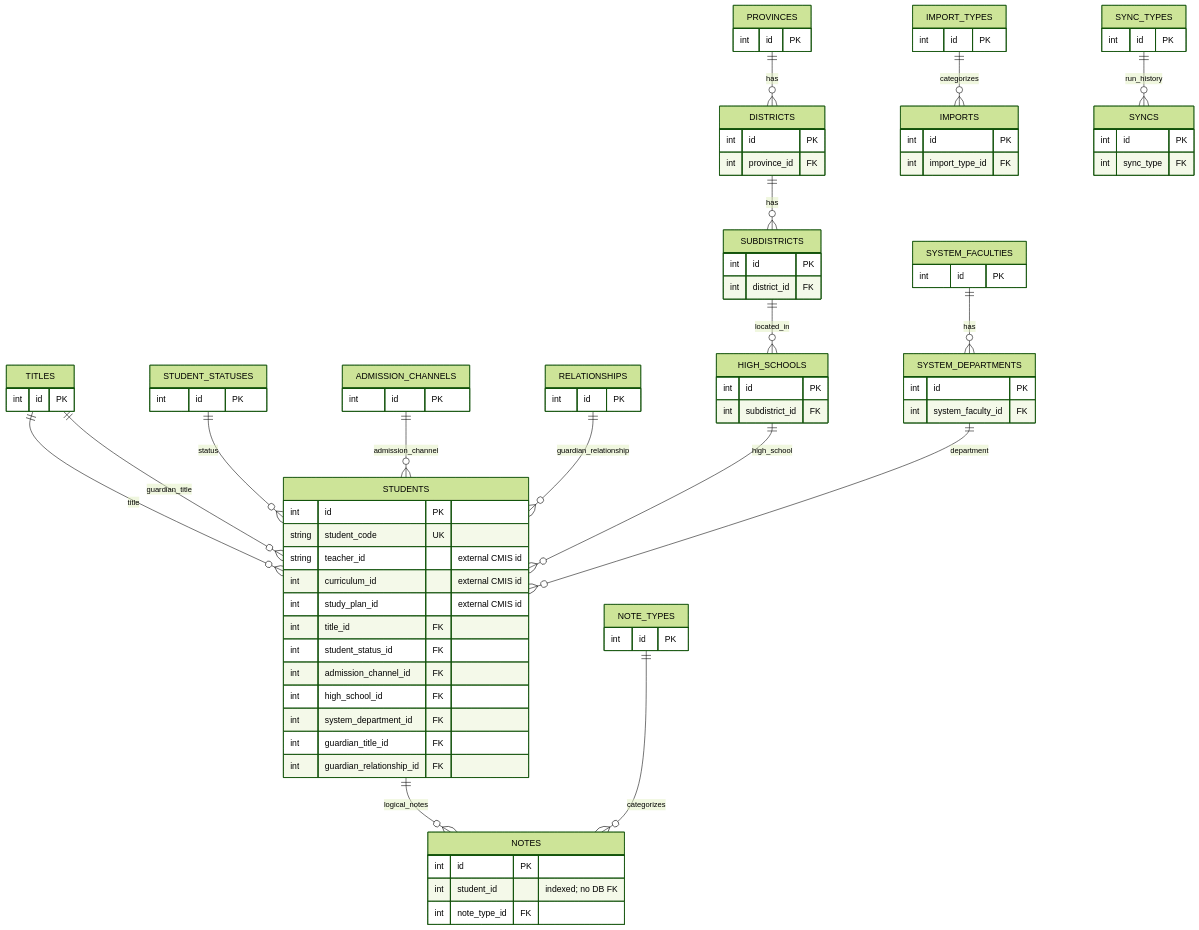
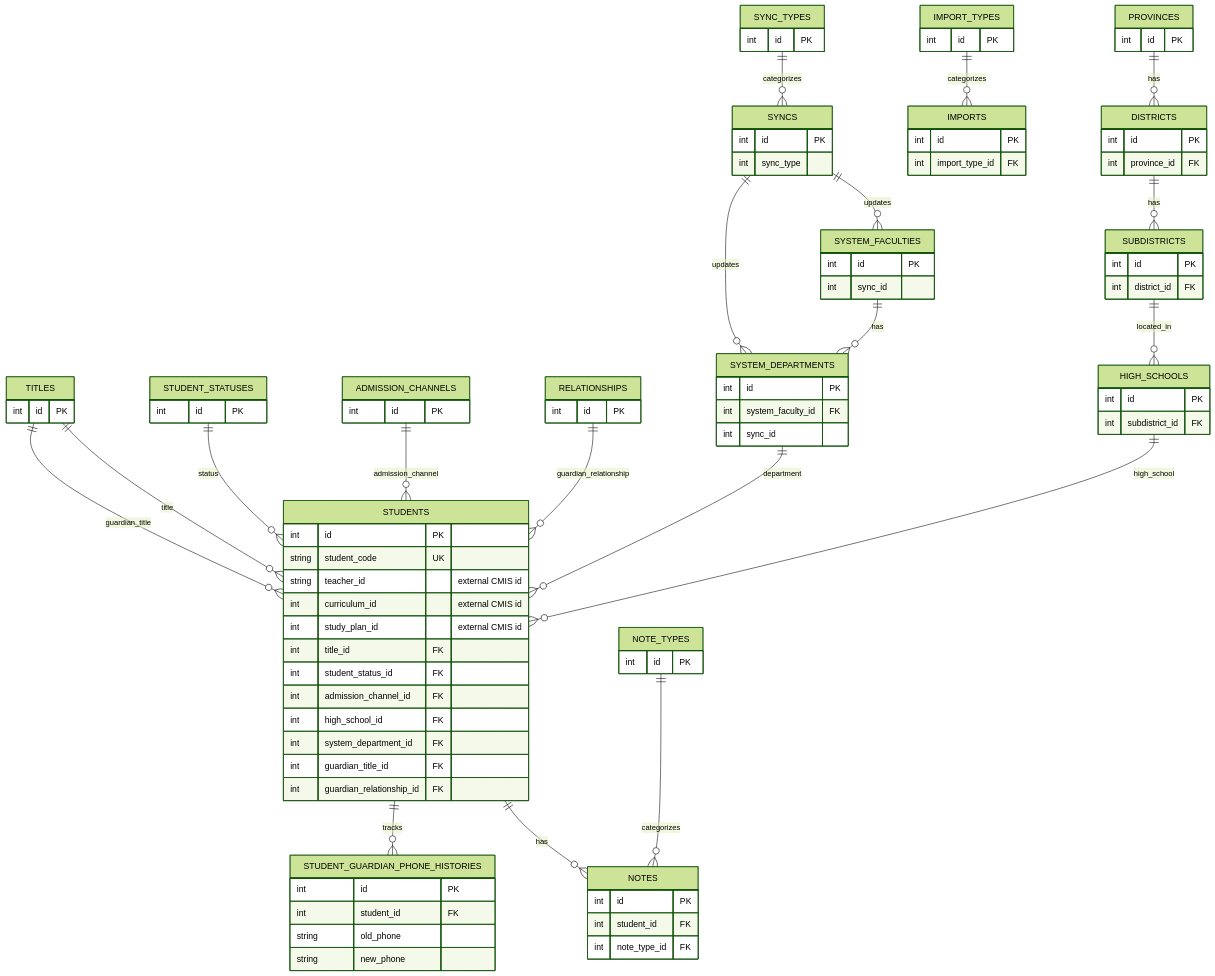
Before and after one commit to SomNarawan/education-api: the second of 2 diagrams in README.md, drawn with Mermaid (forest theme). The commit also changed other lines of this file, not shown here.

````diff
--- a/README.md
+++ b/README.md
@@ -305,6 +390,17 @@
         int guardian_title_id FK
         int guardian_relationship_id FK
     }
+    STUDENT_GUARDIAN_PHONE_HISTORIES {
+        int id PK
+        int student_id FK
+        string old_phone
+        string new_phone
+    }
+    NOTES {
+        int id PK
+        int student_id FK
+        int note_type_id FK
+    }
     TITLES {
         int id PK
     }
@@ -316,11 +412,6 @@
     }
     RELATIONSHIPS {
         int id PK
-    }
-    NOTES {
-        int id PK
-        int student_id "indexed; no DB FK"
-        int note_type_id FK
     }
     NOTE_TYPES {
         int id PK
@@ -349,17 +440,19 @@
     }
     SYSTEM_FACULTIES {
         int id PK
+        int sync_id
     }
     SYSTEM_DEPARTMENTS {
         int id PK
         int system_faculty_id FK
+        int sync_id
     }
     SYNC_TYPES {
         int id PK
     }
     SYNCS {
         int id PK
-        int sync_type FK
+        int sync_type
     }
 
     TITLES ||--o{ STUDENTS : title
@@ -369,12 +462,15 @@
     RELATIONSHIPS ||--o{ STUDENTS : guardian_relationship
     HIGH_SCHOOLS ||--o{ STUDENTS : high_school
     SYSTEM_DEPARTMENTS ||--o{ STUDENTS : department
-    STUDENTS ||--o{ NOTES : logical_notes
+    STUDENTS ||--o{ NOTES : has
+    STUDENTS ||--o{ STUDENT_GUARDIAN_PHONE_HISTORIES : tracks
     NOTE_TYPES ||--o{ NOTES : categorizes
     PROVINCES ||--o{ DISTRICTS : has
     DISTRICTS ||--o{ SUBDISTRICTS : has
     SUBDISTRICTS ||--o{ HIGH_SCHOOLS : located_in
     IMPORT_TYPES ||--o{ IMPORTS : categorizes
     SYSTEM_FACULTIES ||--o{ SYSTEM_DEPARTMENTS : has
-    SYNC_TYPES ||--o{ SYNCS : run_history
+    SYNC_TYPES ||--o{ SYNCS : categorizes
+    SYNCS ||--o{ SYSTEM_FACULTIES : updates
+    SYNCS ||--o{ SYSTEM_DEPARTMENTS : updates
 ```
````
